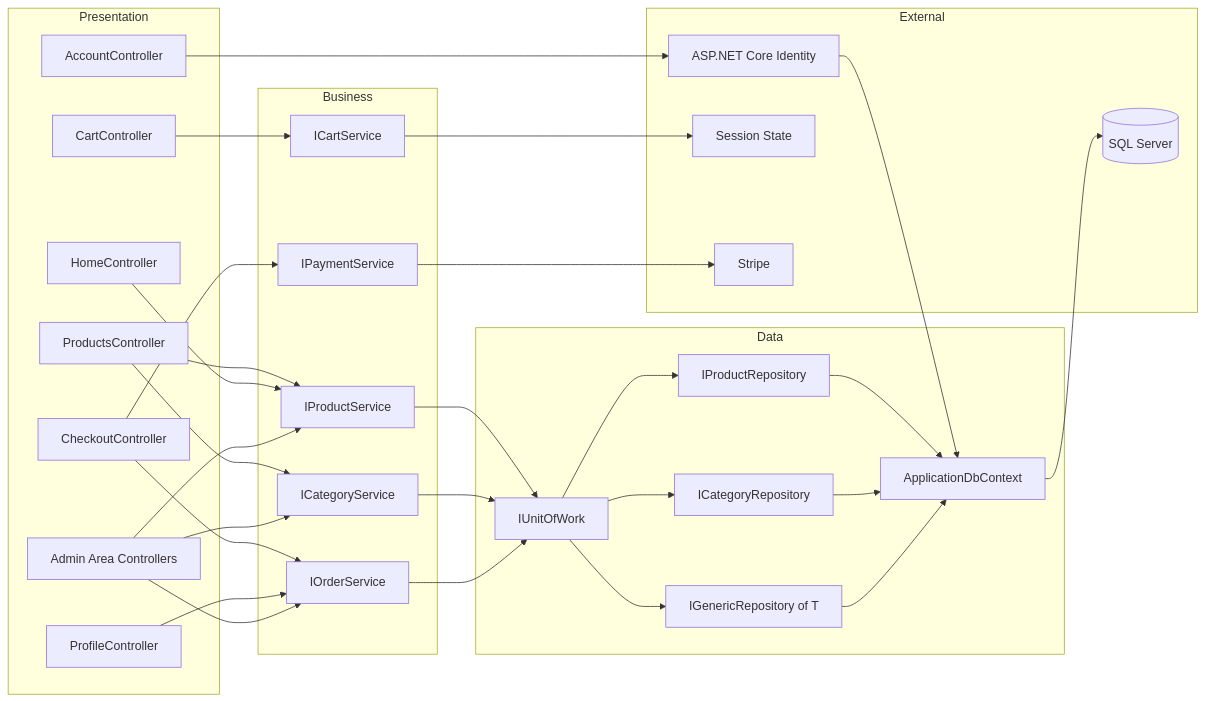
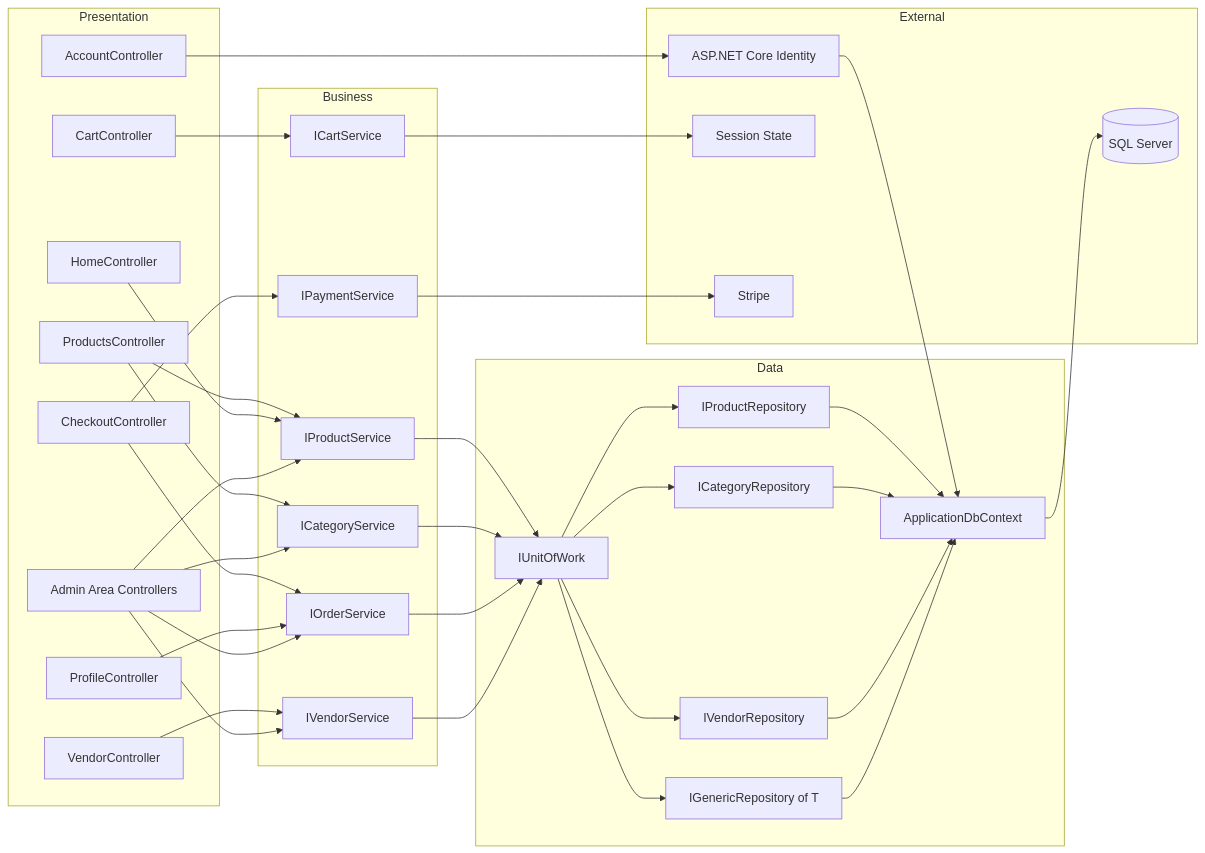
Before and after one commit to ahmadalrudiny/Techxpress_DEPI_Project: the second of 3 diagrams in docs/System-Analysis-Design/01-Problem-Statement-and-Architecture.md, drawn with Mermaid. The commit also changed other lines of this file, not shown here.

````diff
--- a/docs/System-Analysis-Design/01-Problem-Statement-and-Architecture.md
+++ b/docs/System-Analysis-Design/01-Problem-Statement-and-Architecture.md
@@ -62,50 +64,54 @@
 ```mermaid
 flowchart LR
     subgraph Presentation
         HC["HomeController"]
         PC["ProductsController"]
         AC["AccountController"]
         CC["CartController"]
         OC["CheckoutController"]
         PRC["ProfileController"]
+        VC["VendorController"]
         ADM["Admin Area Controllers"]
     end
 
     subgraph Business
         IPS["IProductService"]
         ICS["ICategoryService"]
         ICART["ICartService"]
         IOS["IOrderService"]
         IPAY["IPaymentService"]
+        IVS["IVendorService"]
     end
 
     subgraph Data
         IUOW["IUnitOfWork"]
         IPR["IProductRepository"]
         ICR["ICategoryRepository"]
+        IVR["IVendorRepository"]
         IGR["IGenericRepository of T"]
         CTX["ApplicationDbContext"]
     end
 
     subgraph External
         IDN["ASP.NET Core Identity"]
         SES["Session State"]
         STR["Stripe"]
         SQL[("SQL Server")]
     end
 
     PC --> IPS
     HC --> IPS
     PC --> ICS
     CC --> ICART
     OC --> IOS & IPAY
     PRC --> IOS
-    ADM --> IPS & ICS & IOS
+    VC --> IVS
+    ADM --> IPS & ICS & IOS & IVS
     AC --> IDN
     ICART --> SES
-    IPS & ICS & IOS --> IUOW
-    IUOW --> IPR & ICR & IGR
-    IPR & ICR & IGR --> CTX --> SQL
+    IPS & ICS & IOS & IVS --> IUOW
+    IUOW --> IPR & ICR & IVR & IGR
+    IPR & ICR & IVR & IGR --> CTX --> SQL
     IPAY --> STR
     IDN --> CTX
 ```
````
